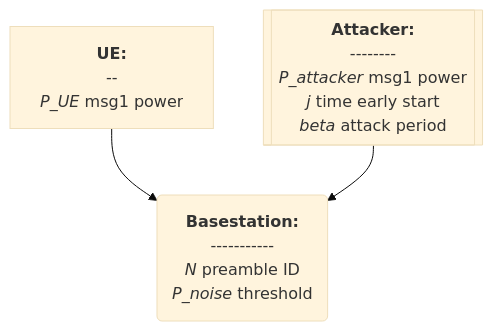
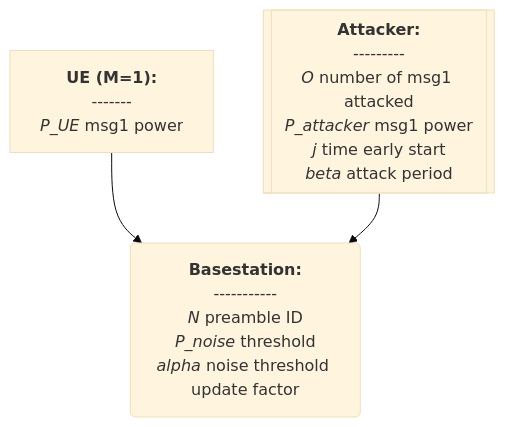
Before and after one commit to bmw-ece-ntust/wilfrid-prach-attack-analysis: the second of 5 diagrams in docs/20250310 Thesis (Basic Msg1 Model).md, drawn with Mermaid (base theme).

Commit message:
Update 20250310 Thesis (Basic Msg1 Model).md

````diff
--- a/docs/20250310 Thesis (Basic Msg1 Model).md
+++ b/docs/20250310 Thesis (Basic Msg1 Model).md
@@ -31,17 +31,19 @@
 ```mermaid
 flowchart TD
     A("`**Basestation:**
     -----------
     *N* preamble ID
-    *P_noise* threshold`")
-    B["`**UE:**
-    --
+    *P_noise* threshold
+    *alpha* noise threshold update factor`")
+    B["`**UE (M=1):**
+    -------
     *P_UE* msg1 power`"]
     C[["`**Attacker:**
-    --------
+    ---------
+    *O* number of msg1 attacked
     *P_attacker* msg1 power
     *j* time early start
     *beta* attack period`"]]
     B-->A
     C-->A
 ```
````
